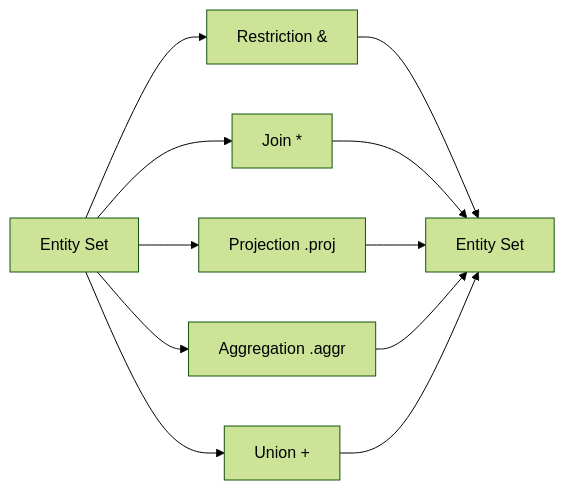
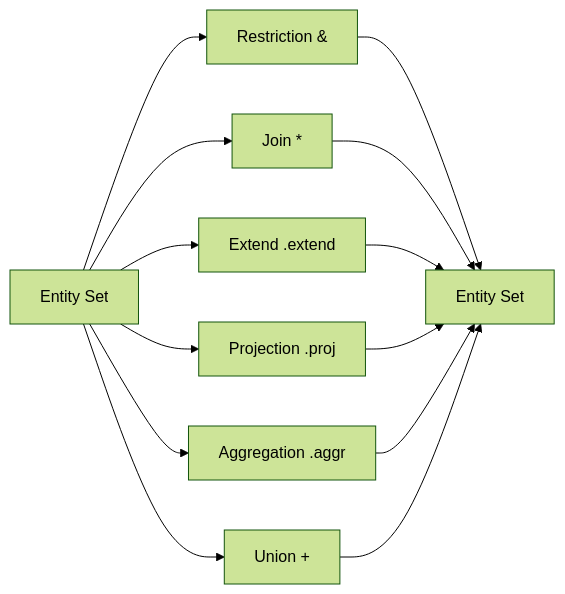
Before and after one commit to datajoint/datajoint-docs: the diagram in src/explanation/query-algebra.md, drawn with Mermaid (forest theme). The commit also changed other lines of this file, not shown here.

First line of the commit message:
docs: add .extend() explanation to query algebra

````diff
--- a/src/explanation/query-algebra.md
+++ b/src/explanation/query-algebra.md
@@ -15,13 +13,15 @@
 ```mermaid
 graph LR
     A[Entity Set] --> R[Restriction &]
     A --> J[Join *]
+    A --> E[Extend .extend]
     A --> P[Projection .proj]
     A --> G[Aggregation .aggr]
     A --> U[Union +]
     R --> B[Entity Set]
     J --> B
+    E --> B
     P --> B
     G --> B
     U --> B
 ```
````
